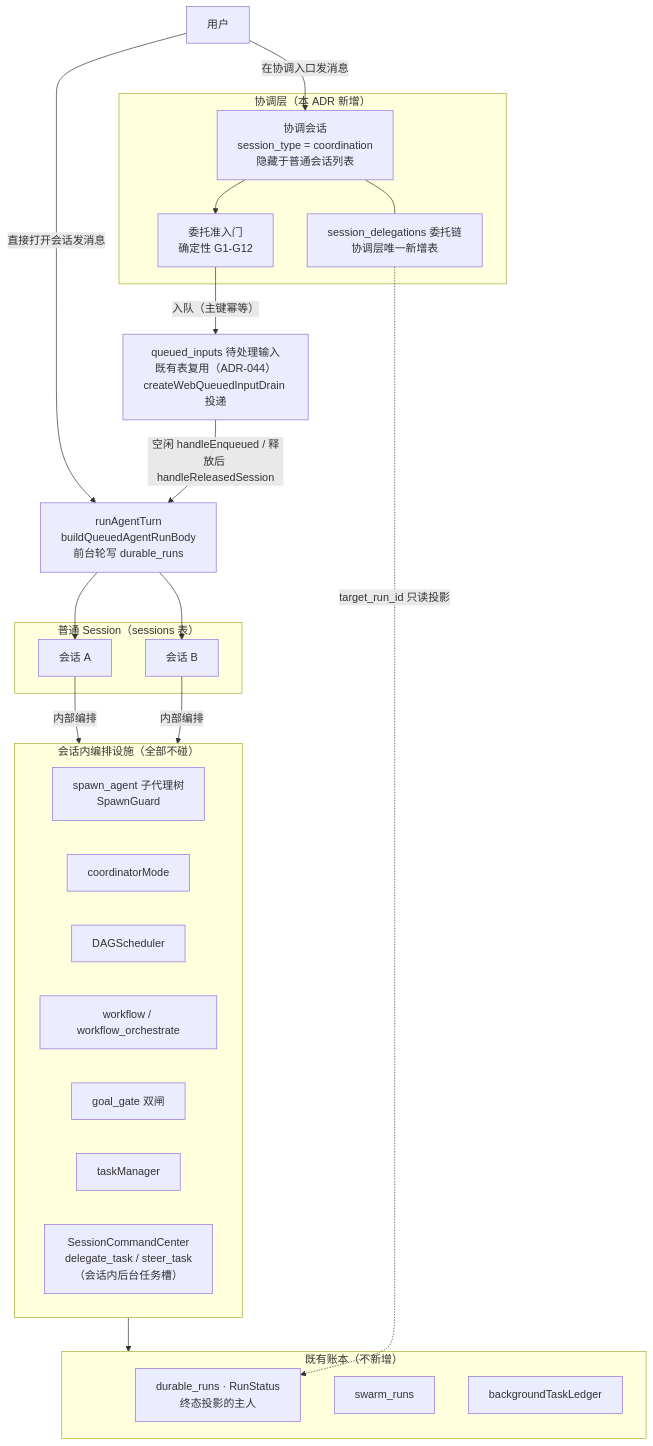
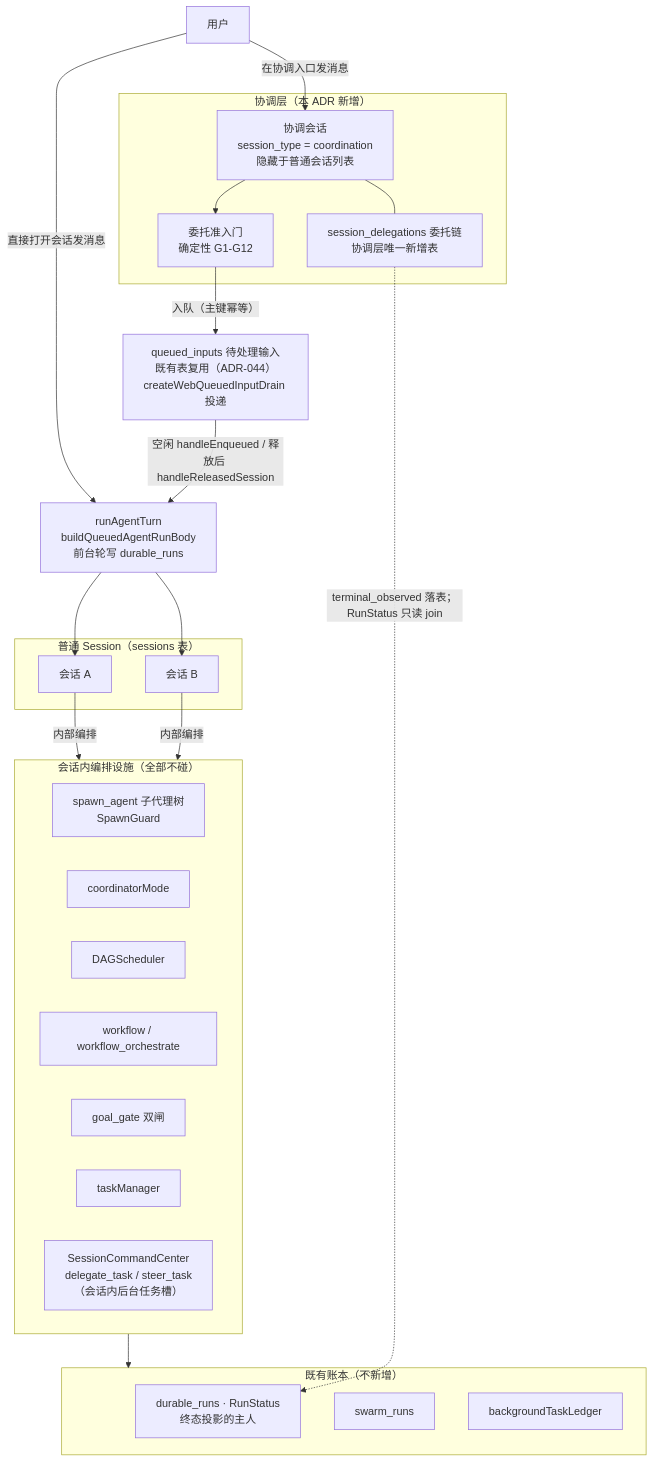
The third of 3 diagrams in docs/architecture/decisions/ADR-072-cross-session-coordination.md (baochipham942-eng/code-agent), drawn with Mermaid before and after one commit. The commit also changed other lines of this file, not shown here.

Commit message:
docs(adr): ADR-072 R3 — terminal_observed persisted for G4, delivery rules cut to invariants + build prerequisites (N-WORKHUB-ADR)

````diff
--- a/docs/architecture/decisions/ADR-072-cross-session-coordination.md
+++ b/docs/architecture/decisions/ADR-072-cross-session-coordination.md
@@ -125,46 +125,46 @@
 ```mermaid
 flowchart TB
     U[用户]
 
     subgraph COORD["协调层（本 ADR 新增）"]
         CS[协调会话<br>session_type = coordination<br>隐藏于普通会话列表]
         GATE[委托准入门<br>确定性 G1-G12]
         DG[session_delegations 委托链<br>协调层唯一新增表]
     end
 
     QI[queued_inputs 待处理输入<br>既有表复用（ADR-044）<br>createWebQueuedInputDrain 投递]
     RUN[runAgentTurn<br>buildQueuedAgentRunBody<br>前台轮写 durable_runs]
 
     subgraph SESSIONS["普通 Session（sessions 表）"]
         SA[会话 A]
         SB[会话 B]
     end
 
     subgraph INSESSION["会话内编排设施（全部不碰）"]
         SP[spawn_agent 子代理树<br>SpawnGuard]
         CM[coordinatorMode]
         DAG[DAGScheduler]
         WF[workflow / workflow_orchestrate]
         GG[goal_gate 双闸]
         TM[taskManager]
         SCC[SessionCommandCenter<br>delegate_task / steer_task<br>（会话内后台任务槽）]
     end
 
     subgraph LEDGER["既有账本（不新增）"]
         DR[durable_runs · RunStatus<br>终态投影的主人]
         SR[swarm_runs]
         BL[backgroundTaskLedger]
     end
 
     U -->|直接打开会话发消息| RUN
     U -->|在协调入口发消息| CS
     CS --> GATE
     GATE -->|入队（主键幂等）| QI
     QI -->|空闲 handleEnqueued / 释放后 handleReleasedSession| RUN
     CS --- DG
-    DG -.->|target_run_id 只读投影| DR
+    DG -.->|terminal_observed 落表；RunStatus 只读 join| DR
     RUN --> SA
     RUN --> SB
     SA & SB -->|内部编排| INSESSION
     INSESSION --> LEDGER
 ```
````
